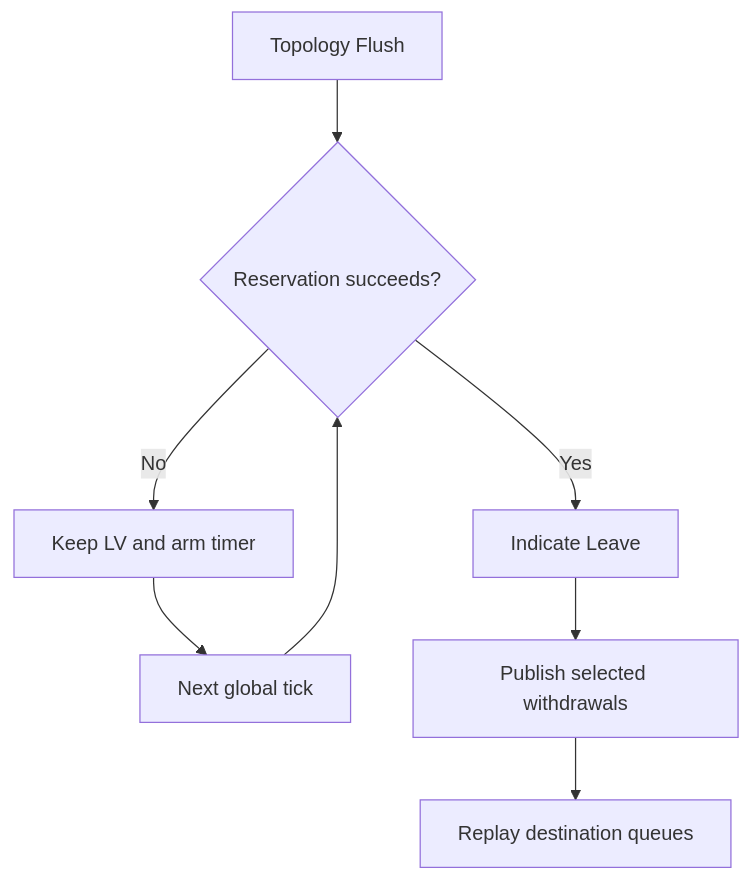
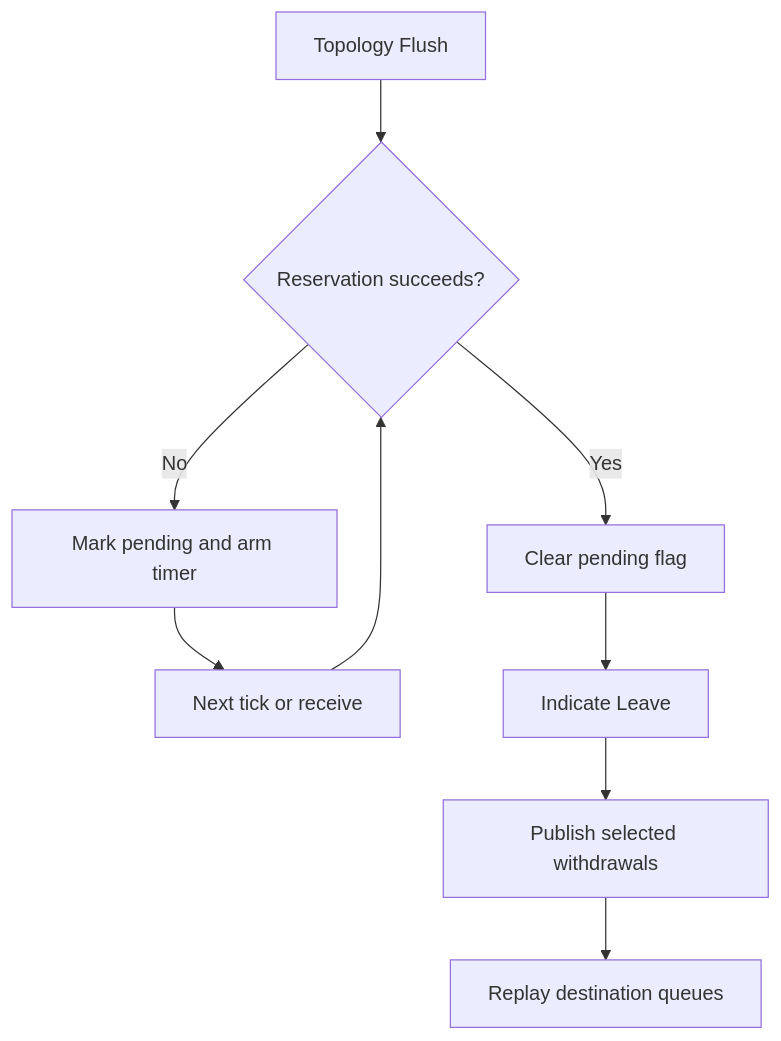
Before and after one commit to kebag-logic/lwSRP: the ninth of 10 diagrams in doc/developer.md, drawn with Mermaid. The commit also changed other lines of this file and 11 other files, not shown here.

Commit message:
Preserve pending Flush withdrawals across receive dispatch

```diff
--- a/doc/developer.md
+++ b/doc/developer.md
@@ -293,10 +300,11 @@
 ~~~mermaid
 flowchart TD
     Flush[Topology Flush] --> Reserve{Reservation succeeds?}
-    Reserve -->|Yes| Leave[Indicate Leave]
-    Reserve -->|No| Pending[Keep LV and arm timer]
-    Pending --> Tick[Next global tick]
+    Reserve -->|Yes| Clear[Clear pending flag]
+    Reserve -->|No| Pending[Mark pending and arm timer]
+    Pending --> Tick[Next tick or receive]
     Tick --> Reserve
+    Clear --> Leave[Indicate Leave]
     Leave --> Queue[Publish selected withdrawals]
     Queue --> Replay[Replay destination queues]
 ~~~
```
